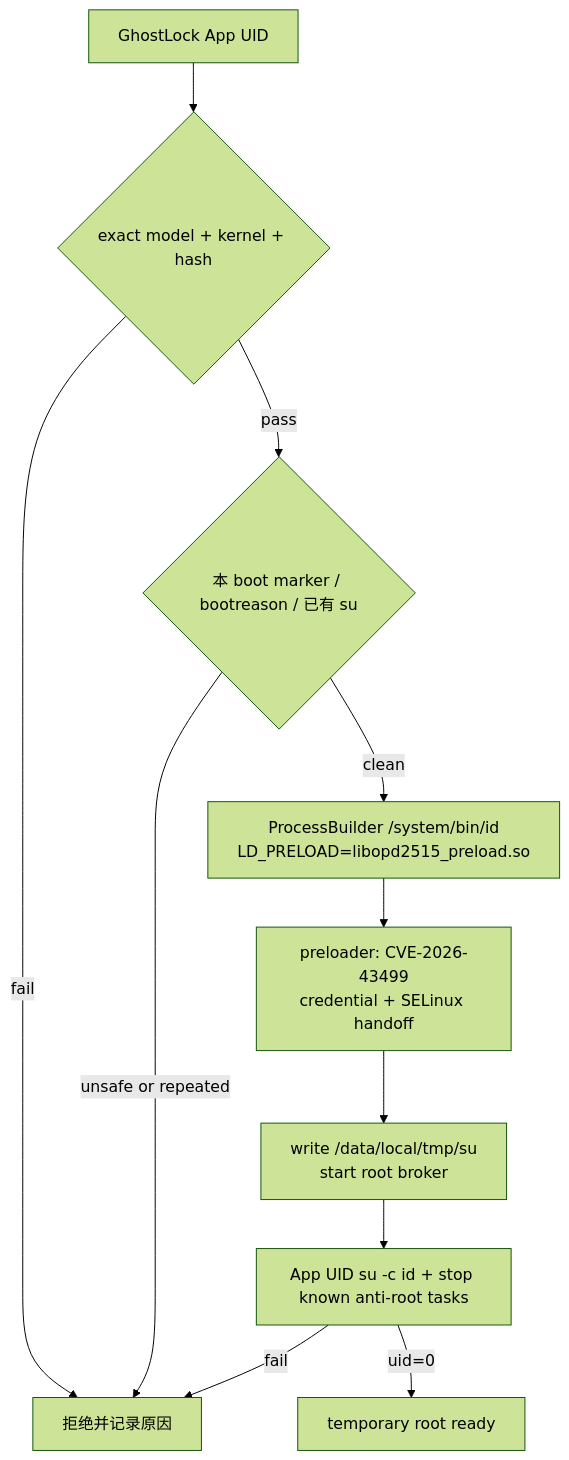
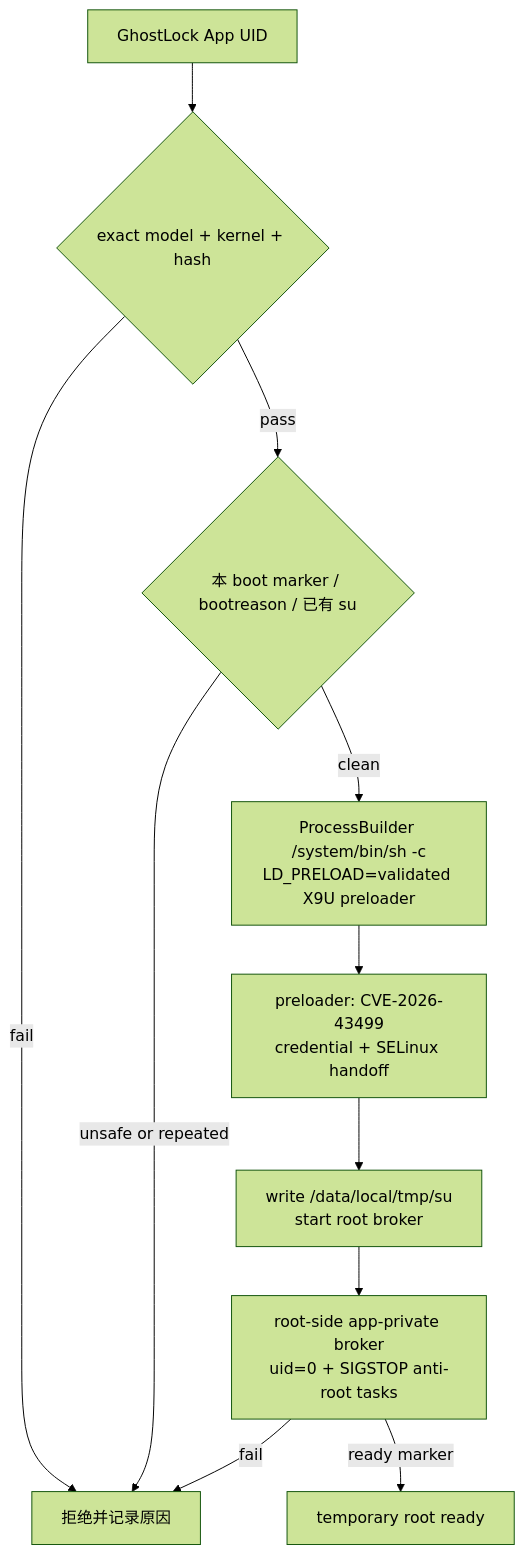
The diagram in docs/analysis/opd2515-appuid-direct-plan.md (wjc911/ghostlock-app), drawn with Mermaid (forest theme) before and after one commit. The commit also changed other lines of this file and 3 other files, not shown here.

Commit message:
feat(opd2515): use validated x9u app uid handoff

````diff
--- a/docs/analysis/opd2515-appuid-direct-plan.md
+++ b/docs/analysis/opd2515-appuid-direct-plan.md
@@ -42,13 +42,13 @@
 ```mermaid
 flowchart TD
     A[GhostLock App UID] --> B{exact model + kernel + hash}
     B -- fail --> R[拒绝并记录原因]
     B -- pass --> C{本 boot marker / bootreason / 已有 su}
     C -- unsafe or repeated --> R
-    C -- clean --> D[ProcessBuilder /system/bin/id\nLD_PRELOAD=libopd2515_preload.so]
+    C -- clean --> D[ProcessBuilder /system/bin/sh -c\nLD_PRELOAD=validated X9U preloader]
     D --> E[preloader: CVE-2026-43499\ncredential + SELinux handoff]
     E --> F[write /data/local/tmp/su\nstart root broker]
-    F --> G[App UID su -c id + stop known anti-root tasks]
-    G -- uid=0 --> H[temporary root ready]
+    F --> G[root-side app-private broker\nuid=0 + SIGSTOP anti-root tasks]
+    G -- ready marker --> H[temporary root ready]
     G -- fail --> R
 ```
````
